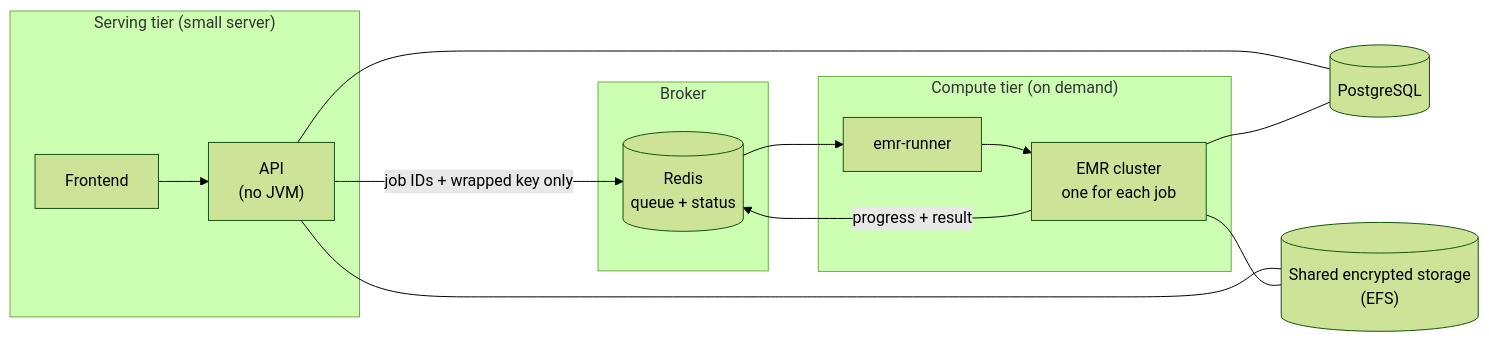
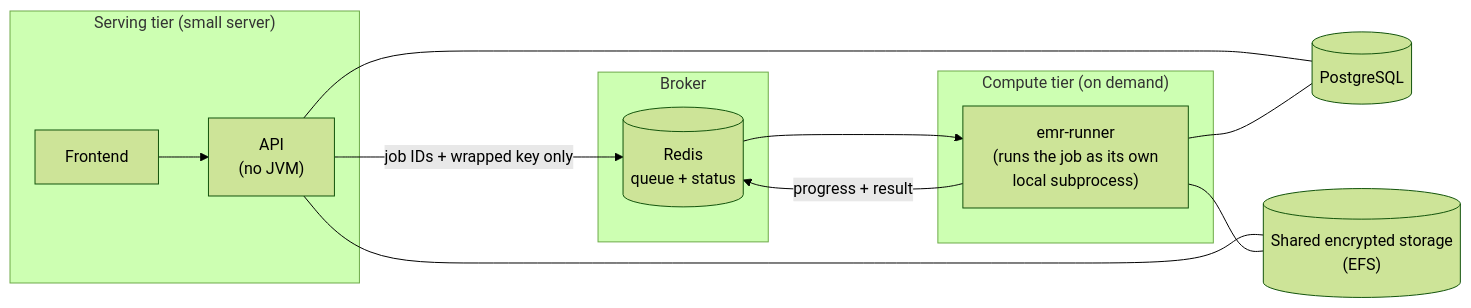
The second of 2 diagrams in docs/architecture/deployment.md (DataShield-sp18/data-shield-docs), drawn with Mermaid (forest theme) before and after one commit. The commit also changed other lines of this file and 6 other files, not shown here.

First line of the commit message:
docs(emr): rewrite big-job lane for EMR Serverless

````diff
--- a/docs/architecture/deployment.md
+++ b/docs/architecture/deployment.md
@@ -66,22 +69,22 @@
 ```mermaid
 flowchart LR
     subgraph SMALL["Serving tier (small server)"]
         FE2["Frontend"] --> API2["API<br/>(no JVM)"]
     end
     subgraph BROKER["Broker"]
         Q[("Redis<br/>queue + status")]
     end
     subgraph COMPUTE["Compute tier (on demand)"]
-        RUN2["emr-runner"] --> EMR2["EMR cluster<br/>one for each job"]
+        RUN2["emr-runner<br/>(runs the job as its own<br/>local subprocess)"]
     end
     PG2[("PostgreSQL")]
     S3[("Shared encrypted storage<br/>(EFS)")]
 
     API2 -- "job IDs + wrapped key only" --> Q
     Q --> RUN2
-    EMR2 -- "progress + result" --> Q
+    RUN2 -- "progress + result" --> Q
     API2 --- PG2
-    EMR2 --- PG2
+    RUN2 --- PG2
     API2 --- S3
-    EMR2 --- S3
+    RUN2 --- S3
 ```
````
